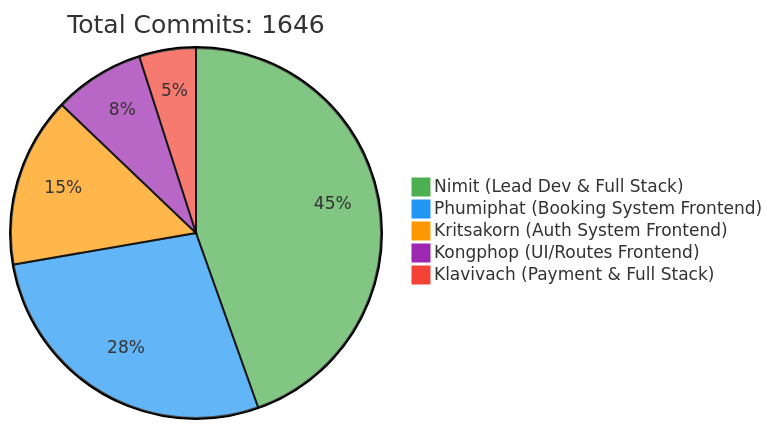
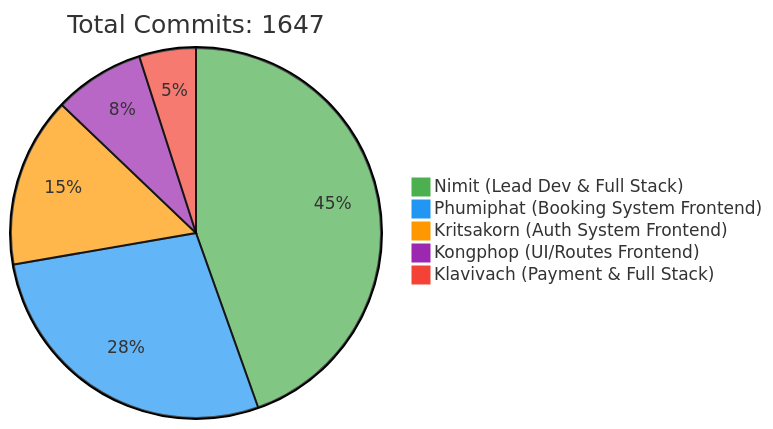
Before and after one commit to 6531503042/Sport-Complex: the first of 2 diagrams in README.md, drawn with Mermaid. The commit also changed other lines of this file, not shown here.

Commit message:
docs: Update contributor statistics [skip ci]

````diff
--- a/README.md
+++ b/README.md
@@ -257,10 +257,10 @@
 ```mermaid
 %%{init: {'theme': 'base', 'themeVariables': { 'pie1': '#4CAF50', 'pie2': '#2196F3', 'pie3': '#FF9800', 'pie4': '#9C27B0', 'pie5': '#F44336'}}}%%
 pie
-    title Total Commits: 1646
+    title Total Commits: 1647
     "Nimit (Lead Dev & Full Stack)" : 450
     "Phumiphat (Booking System Frontend)" : 280
     "Kritsakorn (Auth System Frontend)" : 150
     "Kongphop (UI/Routes Frontend)" : 80
     "Klavivach (Payment & Full Stack)" : 50
 ```
````
